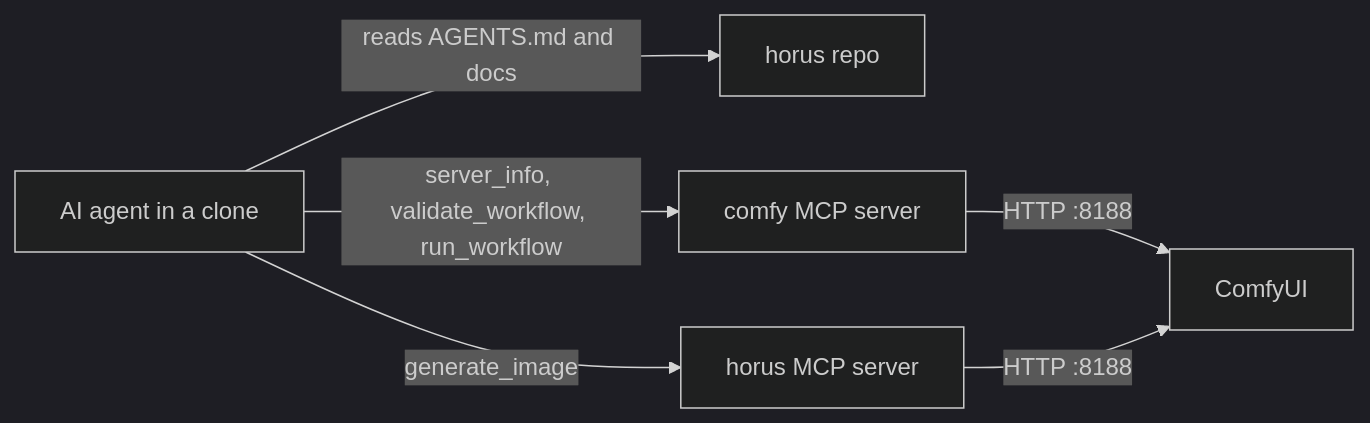
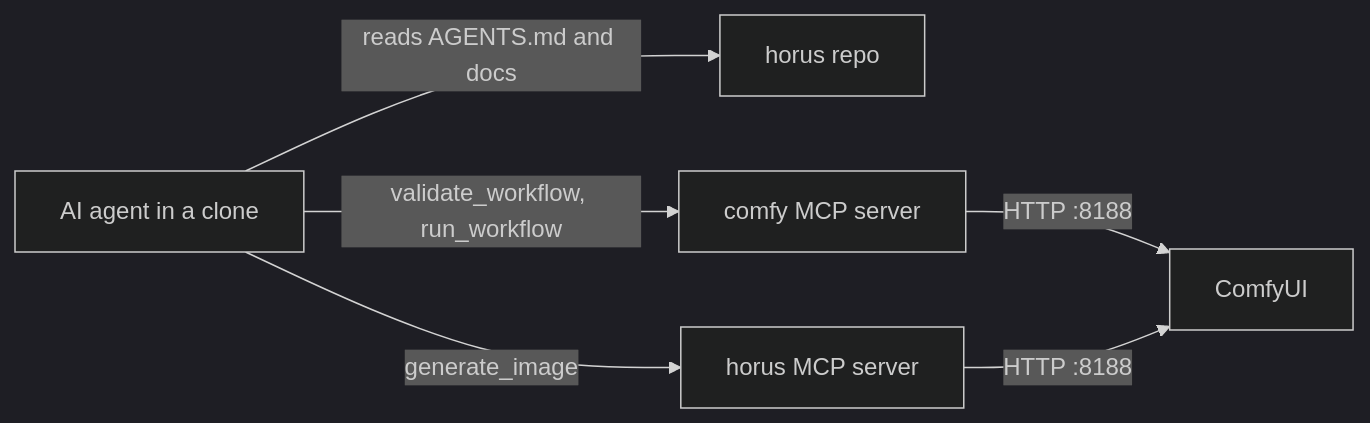
Before and after one commit to hieplam/horus: the second of 2 diagrams in README.md, drawn with Mermaid (dark theme). The commit also changed other lines of this file and 1 other file, not shown here.

````diff
--- a/README.md
+++ b/README.md
@@ -247,8 +213,8 @@
 ```mermaid
 flowchart LR
   agent[AI agent in a clone] -->|reads AGENTS.md and docs| repo[horus repo]
-  agent -->|server_info, validate_workflow, run_workflow| cmcp[comfy MCP server]
+  agent -->|validate_workflow, run_workflow| cmcp[comfy MCP server]
   agent -->|generate_image| mcp[horus MCP server]
   cmcp -->|HTTP :8188| comfy[ComfyUI]
   mcp -->|HTTP :8188| comfy
 ```
````
